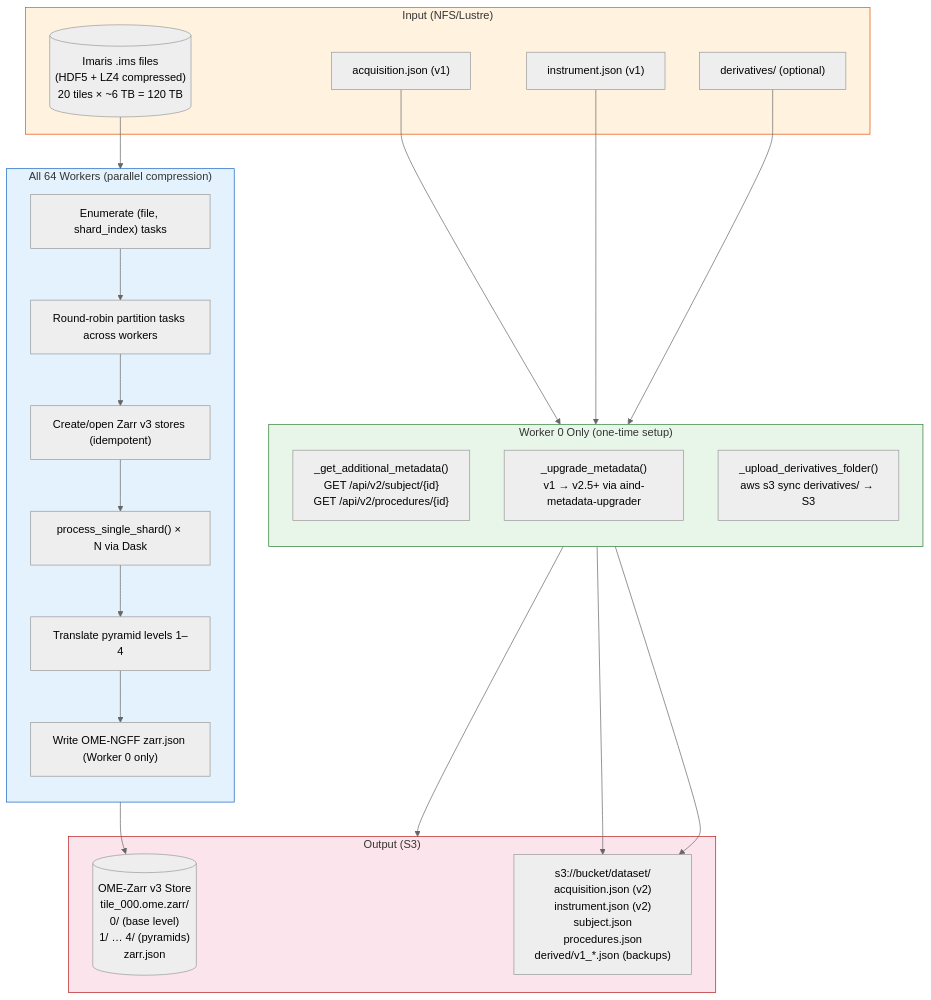
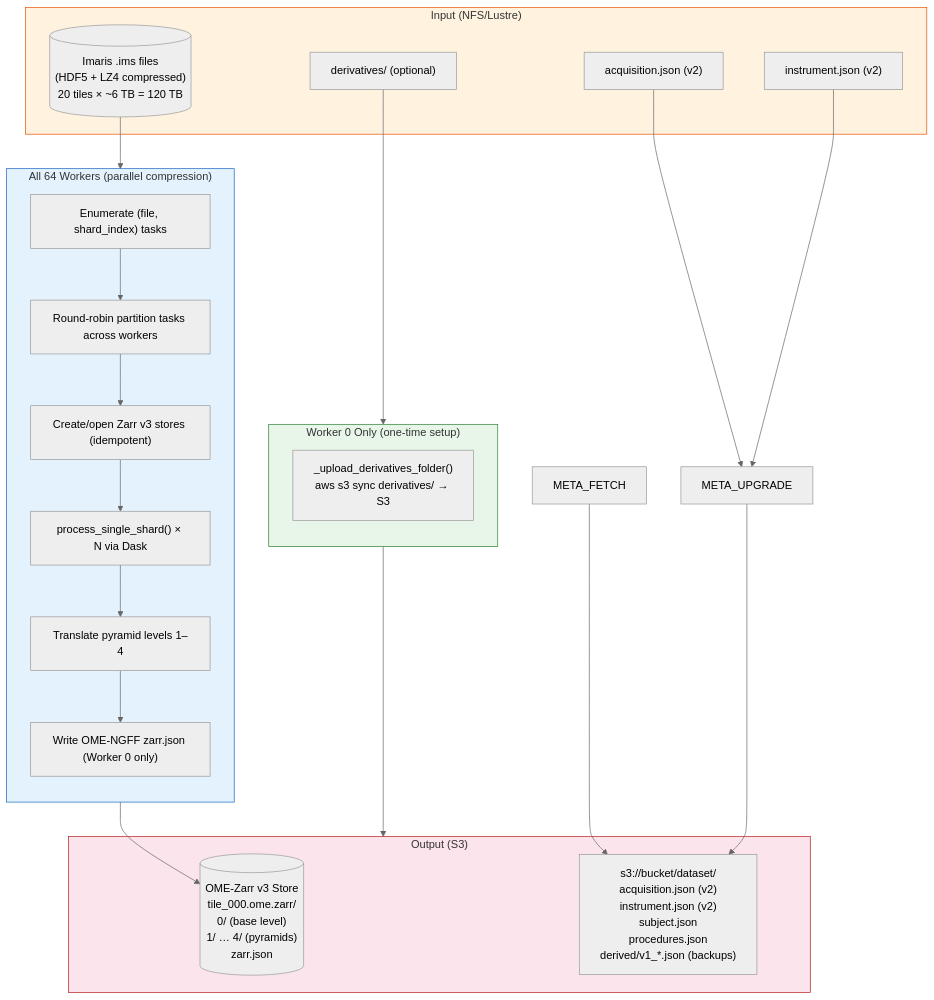
The first of 5 diagrams in docs/diagrams/02_data_flow_pipeline.md (AllenNeuralDynamics/aind-exaspim-data-transformation), drawn with Mermaid (neutral theme) before and after one commit. The commit also changed other lines of this file and 8 other files, not shown here.

Commit message:
Chore: remove metadata upgrade and call

````diff
--- a/docs/diagrams/02_data_flow_pipeline.md
+++ b/docs/diagrams/02_data_flow_pipeline.md
@@ -11,42 +11,40 @@
 ```mermaid
 flowchart TB
     subgraph Input["Input (NFS/Lustre)"]
         IMS[("Imaris .ims files<br/>(HDF5 + LZ4 compressed)<br/>20 tiles × ~6 TB = 120 TB")]
-        ACQ["acquisition.json (v1)"]
-        INST["instrument.json (v1)"]
+        ACQ["acquisition.json (v2)"]
+        INST["instrument.json (v2)"]
         DERIV["derivatives/ (optional)"]
     end
 
     subgraph Worker0Only["Worker 0 Only (one-time setup)"]
         direction TB
-        META_FETCH["_get_additional_metadata()<br/>GET /api/v2/subject/{id}<br/>GET /api/v2/procedures/{id}"]
-        META_UPGRADE["_upgrade_metadata()<br/>v1 → v2.5+ via aind-metadata-upgrader"]
         DERIV_UPLOAD["_upload_derivatives_folder()<br/>aws s3 sync derivatives/ → S3"]
     end
 
     subgraph AllWorkers["All 64 Workers (parallel compression)"]
         direction TB
         ENUM["Enumerate (file, shard_index) tasks"]
         PARTITION["Round-robin partition tasks across workers"]
         CREATE_STORE["Create/open Zarr v3 stores (idempotent)"]
         PROCESS["process_single_shard() × N via Dask"]
         PYRAMID["Translate pyramid levels 1–4"]
         WRITE_META["Write OME-NGFF zarr.json (Worker 0 only)"]
     end
 
     subgraph Output["Output (S3)"]
         ZARR[("OME-Zarr v3 Store<br/>tile_000.ome.zarr/<br/>  0/ (base level)<br/>  1/ … 4/ (pyramids)<br/>  zarr.json")]
         S3_META["s3://bucket/dataset/<br/>  acquisition.json (v2)<br/>  instrument.json (v2)<br/>  subject.json<br/>  procedures.json<br/>  derived/v1_*.json (backups)"]
     end
 
     ACQ & INST --> META_UPGRADE
     META_FETCH --> S3_META
     META_UPGRADE --> S3_META
     DERIV --> DERIV_UPLOAD --> Output
     IMS --> ENUM --> PARTITION --> CREATE_STORE --> PROCESS --> PYRAMID --> WRITE_META --> ZARR
 
     style Input fill:#fff3e0,stroke:#e65100
     style Worker0Only fill:#e8f5e9,stroke:#2e7d32
     style AllWorkers fill:#e3f2fd,stroke:#1565c0
     style Output fill:#fce4ec,stroke:#b71c1c
 ```
````
